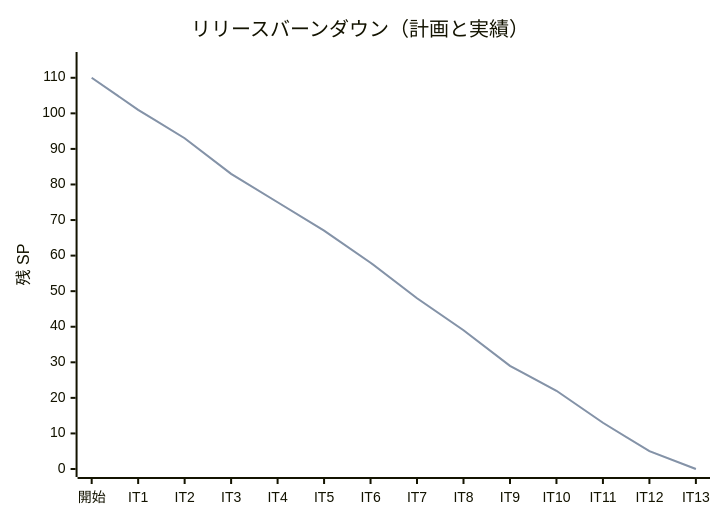
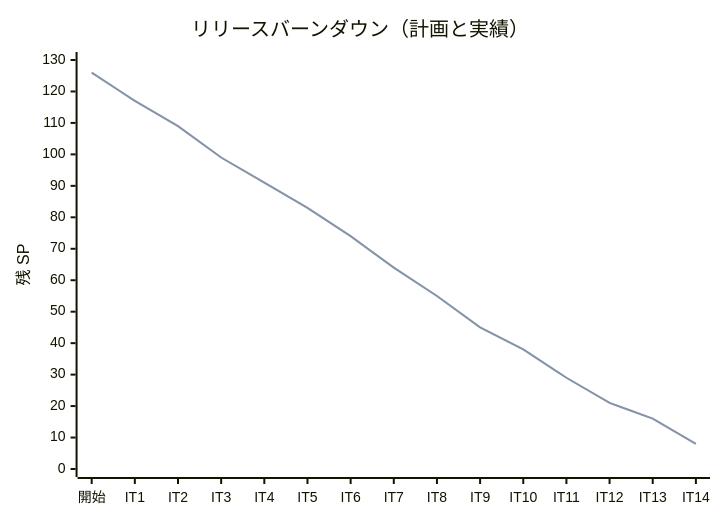
Before and after one commit to k2works/case-study-cargo-tracker: the second of 2 diagrams in docs/development/release_plan.md, drawn with Mermaid. The commit also changed other lines of this file, not shown here.

Commit message:
docs: IT14 の実績 8 SP を進捗表とバーンダウンに反映する
Release 2.2（US34〜US37 16 SP）の追加でスコープ全体が 110 → 126 SP に
なったため、バーンダウンの軸も引き直した。

````diff
--- a/docs/development/release_plan.md
+++ b/docs/development/release_plan.md
@@ -579,8 +579,8 @@
 ```mermaid
 xychart-beta
     title "リリースバーンダウン（計画と実績）"
-    x-axis ["開始", "IT1", "IT2", "IT3", "IT4", "IT5", "IT6", "IT7", "IT8", "IT9", "IT10", "IT11", "IT12", "IT13"]
-    y-axis "残 SP" 0 --> 115
-    line "計画" [110, 101, 93, 83, 75, 67, 58, 48, 39, 29, 22, 13, 5, 0]
-    line "実績" [110, 101, 93, 83, 75, 67, 58, 48, 39, 29, 22, 13, 5, 0]
+    x-axis ["開始", "IT1", "IT2", "IT3", "IT4", "IT5", "IT6", "IT7", "IT8", "IT9", "IT10", "IT11", "IT12", "IT13", "IT14"]
+    y-axis "残 SP" 0 --> 130
+    line "計画" [126, 117, 109, 99, 91, 83, 74, 64, 55, 45, 38, 29, 21, 16, 8]
+    line "実績" [126, 117, 109, 99, 91, 83, 74, 64, 55, 45, 38, 29, 21, 16, 8]
 ```
````
